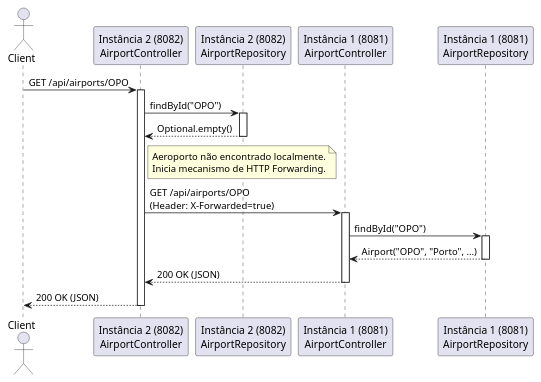
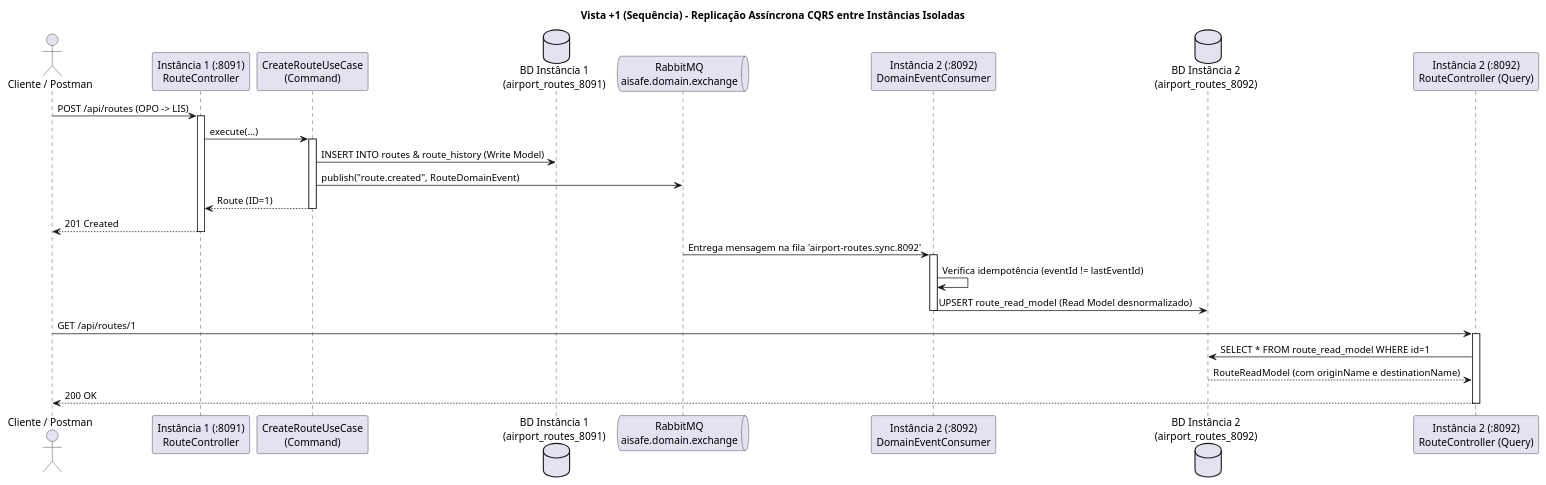
One commit to jvonhafe/LETI_1241237_SIDIS_2026 changed the diagram in airportRoutes-service/docs/c4_plus1_forwarding.puml. Above: the diagram before and after it, drawn with PlantUML. The commit also changed 33 other files, not shown here.

```diff
--- a/airportRoutes-service/docs/c4_plus1_forwarding.puml
+++ b/airportRoutes-service/docs/c4_plus1_forwarding.puml
@@ -1,31 +1,37 @@
-@startuml
-actor Client
-participant "Instância 2 (8082)\nAirportController" as Inst2
-participant "Instância 2 (8082)\nAirportRepository" as Repo2
-participant "Instância 1 (8081)\nAirportController" as Inst1
-participant "Instância 1 (8081)\nAirportRepository" as Repo1
+@startuml C4_Plus1_CQRS_Sync
+title Vista +1 (Sequência) - Replicação Assíncrona CQRS entre Instâncias Isoladas
 
-Client -> Inst2: GET /api/airports/OPO
-activate Inst2
+actor "Cliente / Postman" as Client
+participant "Instância 1 (:8091)\nRouteController" as Ctrl1
+participant "CreateRouteUseCase\n(Command)" as Cmd1
+database "BD Instância 1\n(airport_routes_8091)" as DB1
+queue "RabbitMQ\naisafe.domain.exchange" as MQ
+participant "Instância 2 (:8092)\nDomainEventConsumer" as Cons2
+database "BD Instância 2\n(airport_routes_8092)" as DB2
+participant "Instância 2 (:8092)\nRouteController (Query)" as Ctrl2
 
-Inst2 -> Repo2: findById("OPO")
-activate Repo2
-Repo2 --> Inst2: Optional.empty()
-deactivate Repo2
+Client -> Ctrl1 : POST /api/routes (OPO -> LIS)
+activate Ctrl1
+Ctrl1 -> Cmd1 : execute(...)
+activate Cmd1
+Cmd1 -> DB1 : INSERT INTO routes & route_history (Write Model)
+Cmd1 -> MQ : publish("route.created", RouteDomainEvent)
+Cmd1 --> Ctrl1 : Route (ID=1)
+deactivate Cmd1
+Ctrl1 --> Client : 201 Created
+deactivate Ctrl1
 
-note right of Inst2: Aeroporto não encontrado localmente.\nInicia mecanismo de HTTP Forwarding.
+MQ -> Cons2 : Entrega mensagem na fila 'airport-routes.sync.8092'
+activate Cons2
+Cons2 -> Cons2 : Verifica idempotência (eventId != lastEventId)
+Cons2 -> DB2 : UPSERT route_read_model (Read Model desnormalizado)
+deactivate Cons2
 
-Inst2 -> Inst1: GET /api/airports/OPO\n(Header: X-Forwarded=true)
-activate Inst1
+Client -> Ctrl2 : GET /api/routes/1
+activate Ctrl2
+Ctrl2 -> DB2 : SELECT * FROM route_read_model WHERE id=1
+DB2 --> Ctrl2 : RouteReadModel (com originName e destinationName)
+Ctrl2 --> Client : 200 OK
+deactivate Ctrl2
 
-Inst1 -> Repo1: findById("OPO")
-activate Repo1
-Repo1 --> Inst1: Airport("OPO", "Porto", ...)
-deactivate Repo1
-
-Inst1 --> Inst2: 200 OK (JSON)
-deactivate Inst1
-
-Inst2 --> Client: 200 OK (JSON)
-deactivate Inst2
 @enduml
```
